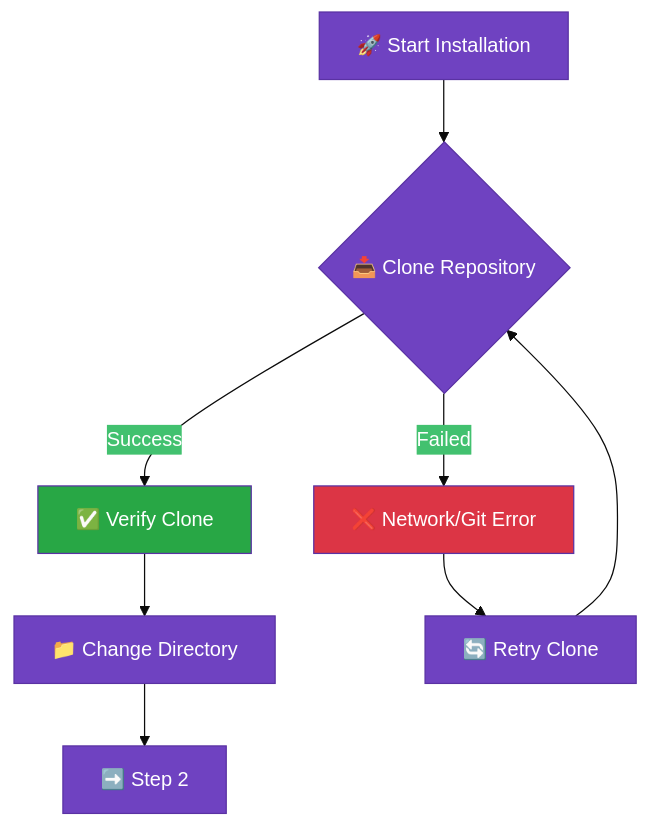
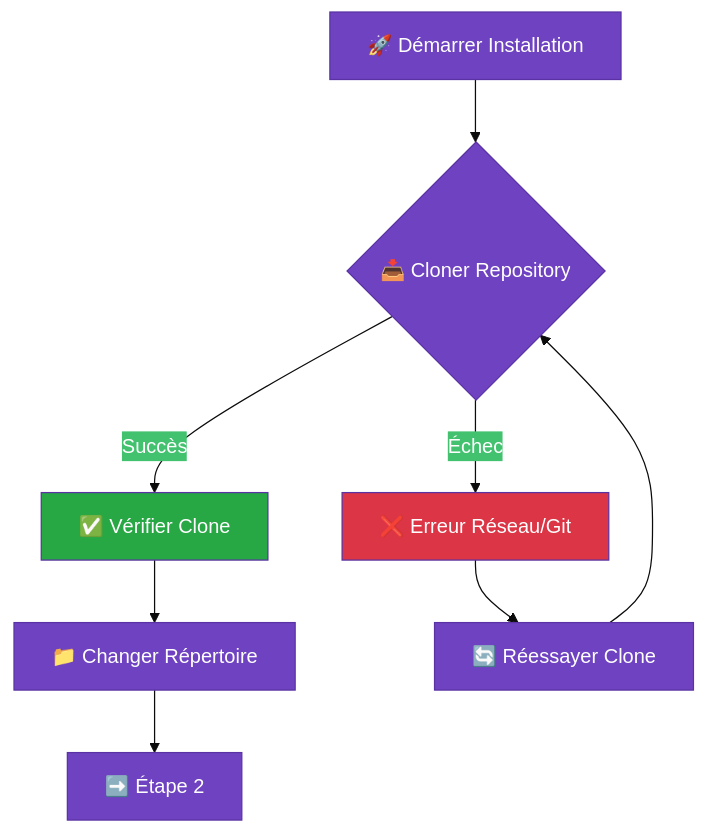
The third of 9 diagrams in docs/USER_GUIDES/INSTALLATION.md (arkalia-luna-system/ia-pipeline), drawn with Mermaid before and after one commit. The commit also changed other lines of this file and 8 other files, not shown here.

````diff
--- a/docs/USER_GUIDES/INSTALLATION.md
+++ b/docs/USER_GUIDES/INSTALLATION.md
@@ -118,15 +114,15 @@
 ```mermaid
 %%{init: {'theme':'base', 'themeVariables': { 'primaryColor': '#6f42c1', 'primaryTextColor': '#fff', 'primaryBorderColor': '#5a32a3'}}}%%
 flowchart TD
-    START[🚀 Start Installation] --> CLONE{📥 Clone Repository}
-    CLONE -->|Success| CHECK[✅ Verify Clone]
-    CLONE -->|Failed| ERROR1[❌ Network/Git Error]
-    CHECK --> CD[📁 Change Directory]
-    ERROR1 --> RETRY1[🔄 Retry Clone]
+    START[🚀 Démarrer Installation] --> CLONE{📥 Cloner Repository}
+    CLONE -->|Succès| CHECK[✅ Vérifier Clone]
+    CLONE -->|Échec| ERROR1[❌ Erreur Réseau/Git]
+    CHECK --> CD[📁 Changer Répertoire]
+    ERROR1 --> RETRY1[🔄 Réessayer Clone]
     RETRY1 --> CLONE
-    CD --> NEXT[➡️ Step 2]
+    CD --> NEXT[➡️ Étape 2]
     
     style START fill:#6f42c1
     style CHECK fill:#28a745
     style ERROR1 fill:#dc3545
 ```
````
